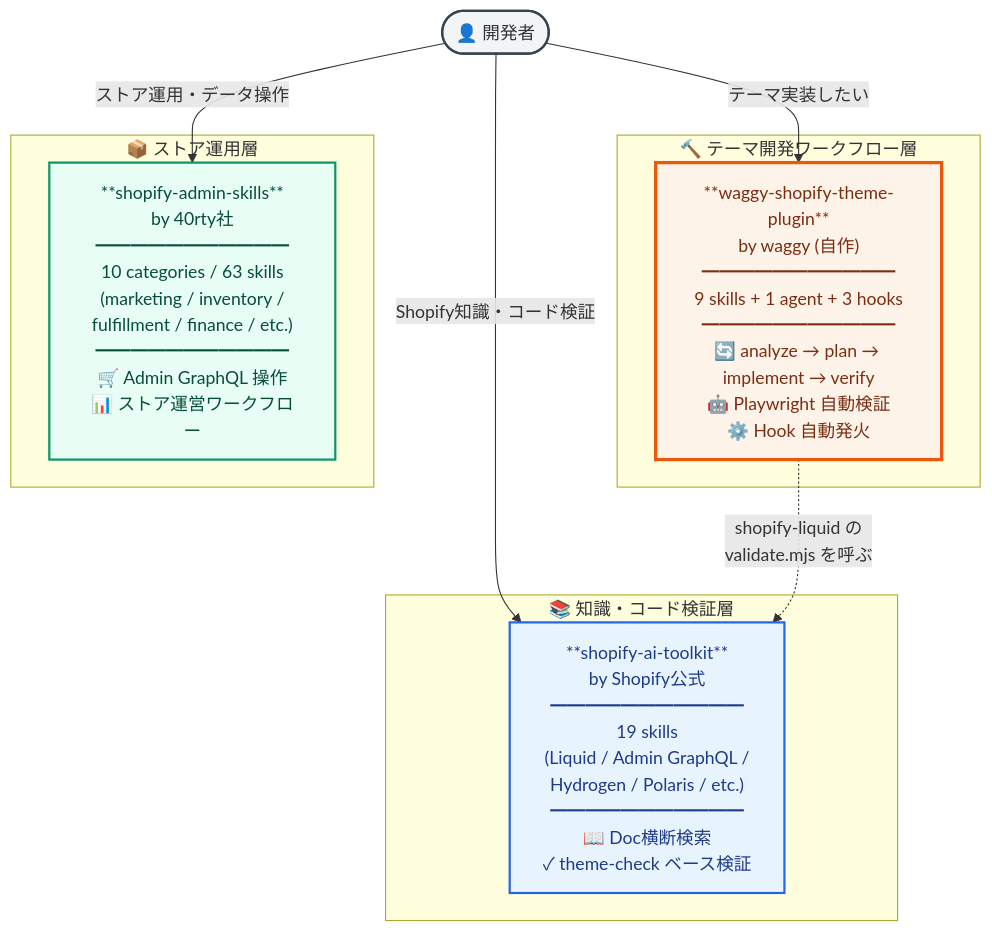
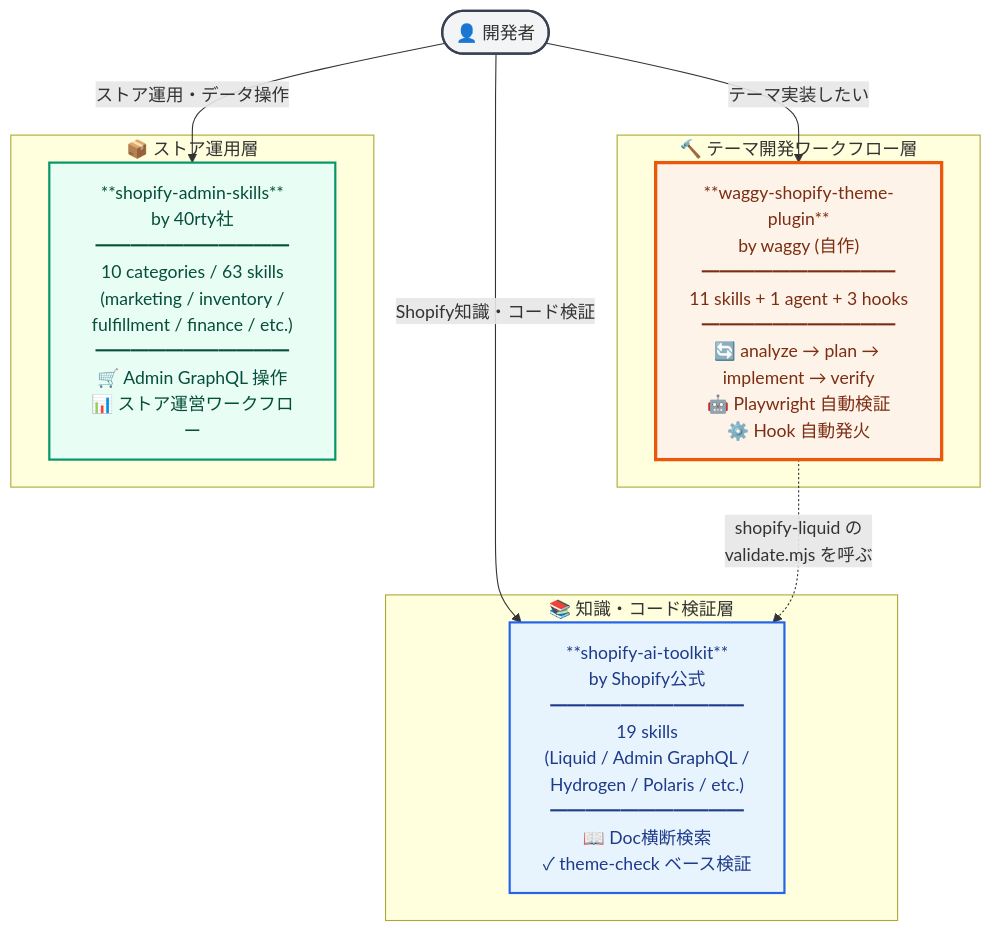
One commit to Hiromu-Private/waggy-shopify-theme-plugin changed the first of 3 diagrams in docs/architecture.md. Above: the diagram before and after it, drawn with Mermaid. The commit also changed other lines of this file and 4 other files, not shown here.

````diff
--- a/docs/architecture.md
+++ b/docs/architecture.md
@@ -11,32 +11,32 @@
 ```mermaid
 graph TB
     User([👤 開発者])
 
     subgraph Knowledge["📚 知識・コード検証層"]
         AIToolkit["**shopify-ai-toolkit**<br/>by Shopify公式<br/>━━━━━━━━━━━<br/>19 skills<br/>(Liquid / Admin GraphQL /<br/>Hydrogen / Polaris / etc.)<br/>━━━━━━━━━━━<br/>📖 Doc横断検索<br/>✓ theme-check ベース検証"]
     end
 
     subgraph Workflow["🔨 テーマ開発ワークフロー層"]
-        Waggy["**waggy-shopify-theme-plugin**<br/>by waggy (自作)<br/>━━━━━━━━━━━<br/>9 skills + 1 agent + 3 hooks<br/>━━━━━━━━━━━<br/>🔄 analyze → plan → implement → verify<br/>🤖 Playwright 自動検証<br/>⚙️ Hook 自動発火"]
+        Waggy["**waggy-shopify-theme-plugin**<br/>by waggy (自作)<br/>━━━━━━━━━━━<br/>11 skills + 1 agent + 3 hooks<br/>━━━━━━━━━━━<br/>🔄 analyze → plan → implement → verify<br/>🤖 Playwright 自動検証<br/>⚙️ Hook 自動発火"]
     end
 
     subgraph Operation["📦 ストア運用層"]
         Admin["**shopify-admin-skills**<br/>by 40rty社<br/>━━━━━━━━━━━<br/>10 categories / 63 skills<br/>(marketing / inventory /<br/>fulfillment / finance / etc.)<br/>━━━━━━━━━━━<br/>🛒 Admin GraphQL 操作<br/>📊 ストア運営ワークフロー"]
     end
 
     User -->|"テーマ実装したい"| Waggy
     User -->|"Shopify知識・コード検証"| AIToolkit
     User -->|"ストア運用・データ操作"| Admin
 
     Waggy -.->|"shopify-liquid の<br/>validate.mjs を呼ぶ"| AIToolkit
 
     classDef knowledgeBox fill:#e8f4fd,stroke:#2563eb,stroke-width:2px,color:#1e3a8a
     classDef workflowBox fill:#fef3e8,stroke:#ea580c,stroke-width:3px,color:#7c2d12
     classDef operationBox fill:#e8fdf4,stroke:#059669,stroke-width:2px,color:#064e3b
     classDef userBox fill:#f3f4f6,stroke:#374151,stroke-width:2px
 
     class AIToolkit knowledgeBox
     class Waggy workflowBox
     class Admin operationBox
     class User userBox
 ```
````
